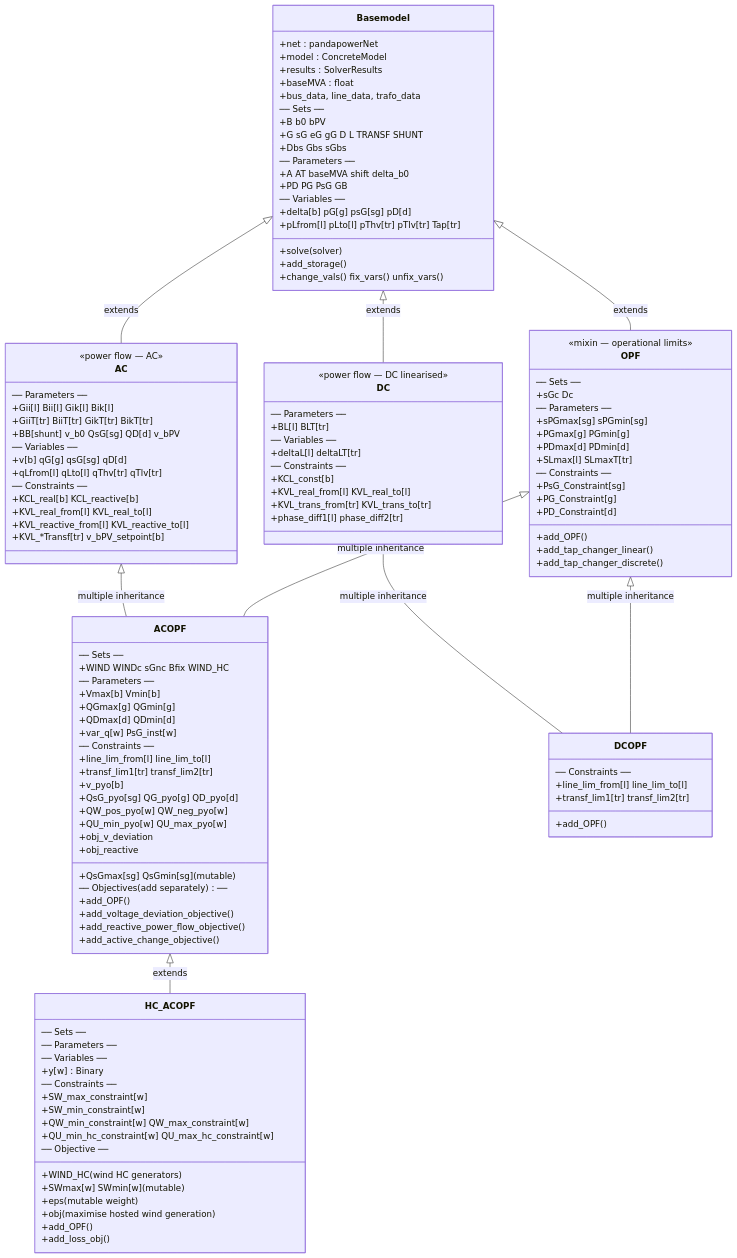
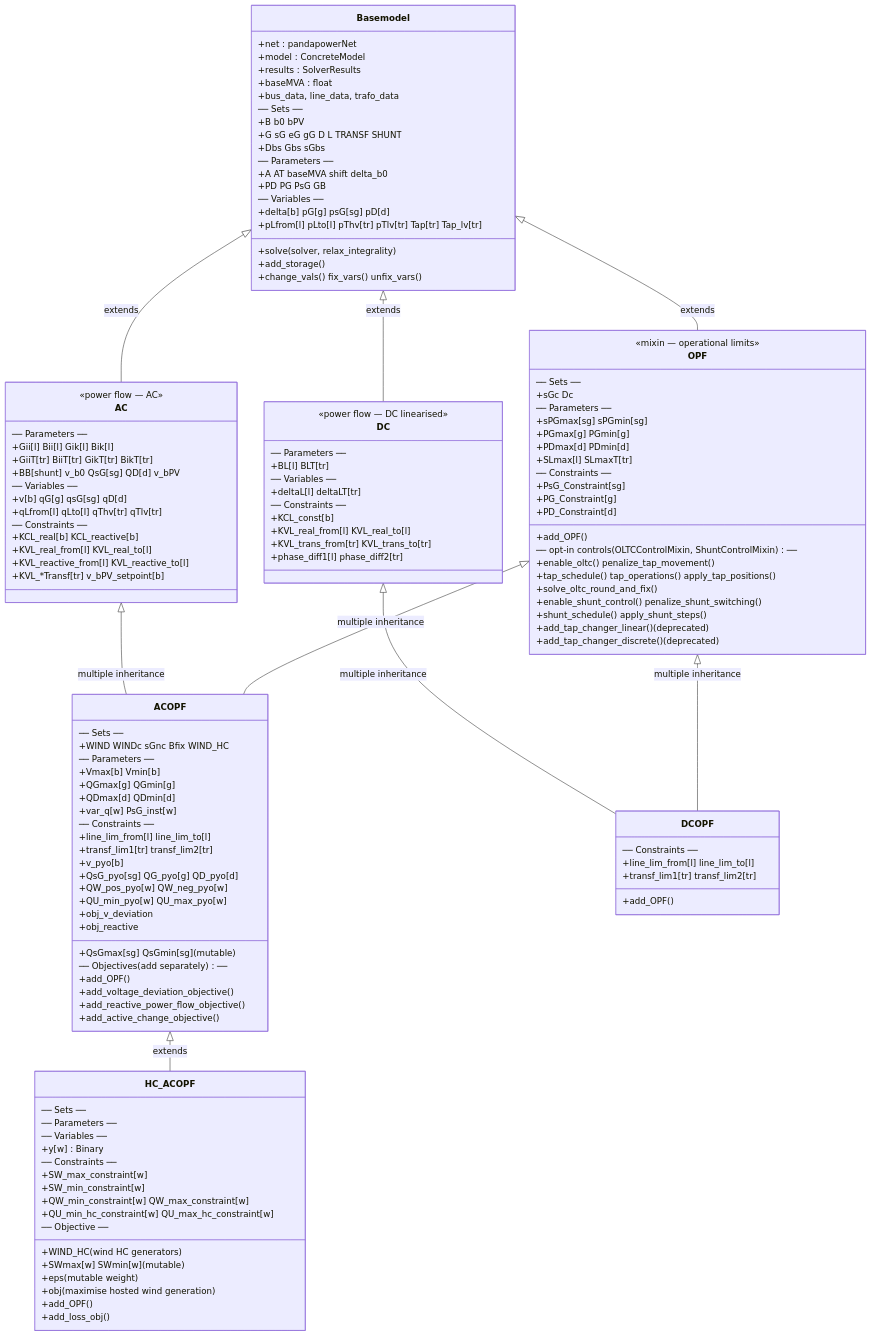
The first of 3 diagrams in docs/architecture.md (RWTH-IAEW/opf-potpourri), drawn with Mermaid before and after one commit. The commit also changed other lines of this file and 14 other files, not shown here.

```diff
--- a/docs/architecture.md
+++ b/docs/architecture.md
@@ -30,8 +30,8 @@
         +PD  PG  PsG  GB
         ── Variables ──
         +delta[b]  pG[g]  psG[sg]  pD[d]
-        +pLfrom[l]  pLto[l]  pThv[tr]  pTlv[tr]  Tap[tr]
-        +solve(solver)
+        +pLfrom[l]  pLto[l]  pThv[tr]  pTlv[tr]  Tap[tr]  Tap_lv[tr]
+        +solve(solver, relax_integrality)
         +add_storage()
         +change_vals()  fix_vars()  unfix_vars()
     }
@@ -79,8 +79,14 @@
         +PG_Constraint[g]
         +PD_Constraint[d]
         +add_OPF()
-        +add_tap_changer_linear()
-        +add_tap_changer_discrete()
+        ── opt-in controls (OLTCControlMixin, ShuntControlMixin) ──
+        +enable_oltc()  penalize_tap_movement()
+        +tap_schedule()  tap_operations()  apply_tap_positions()
+        +solve_oltc_round_and_fix()
+        +enable_shunt_control()  penalize_shunt_switching()
+        +shunt_schedule()  apply_shunt_steps()
+        +add_tap_changer_linear()  (deprecated)
+        +add_tap_changer_discrete()  (deprecated)
     }
 
     class ACOPF {
```
